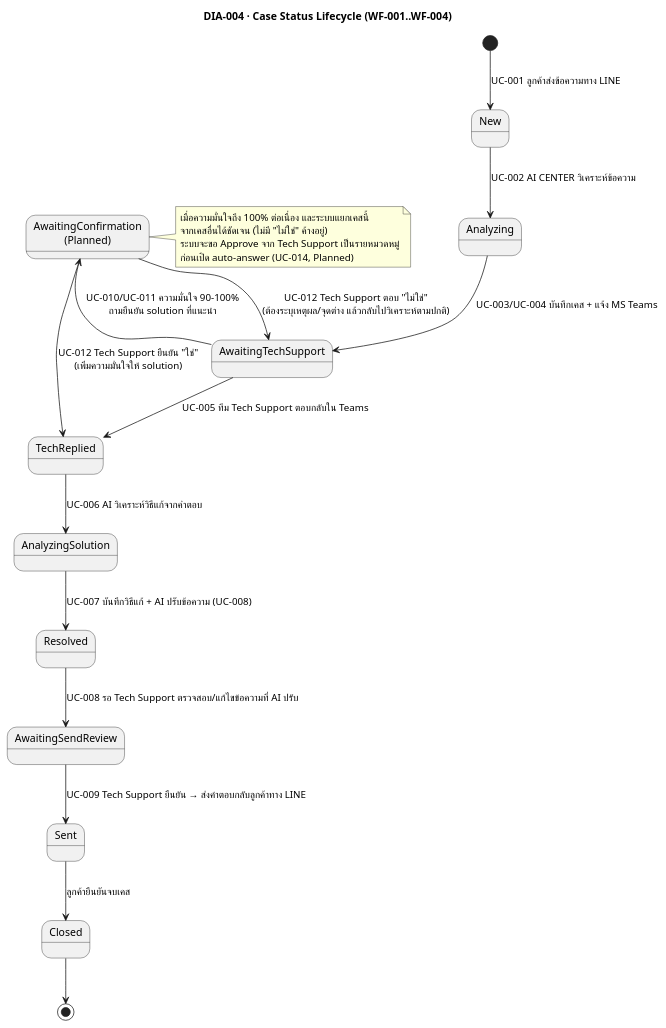
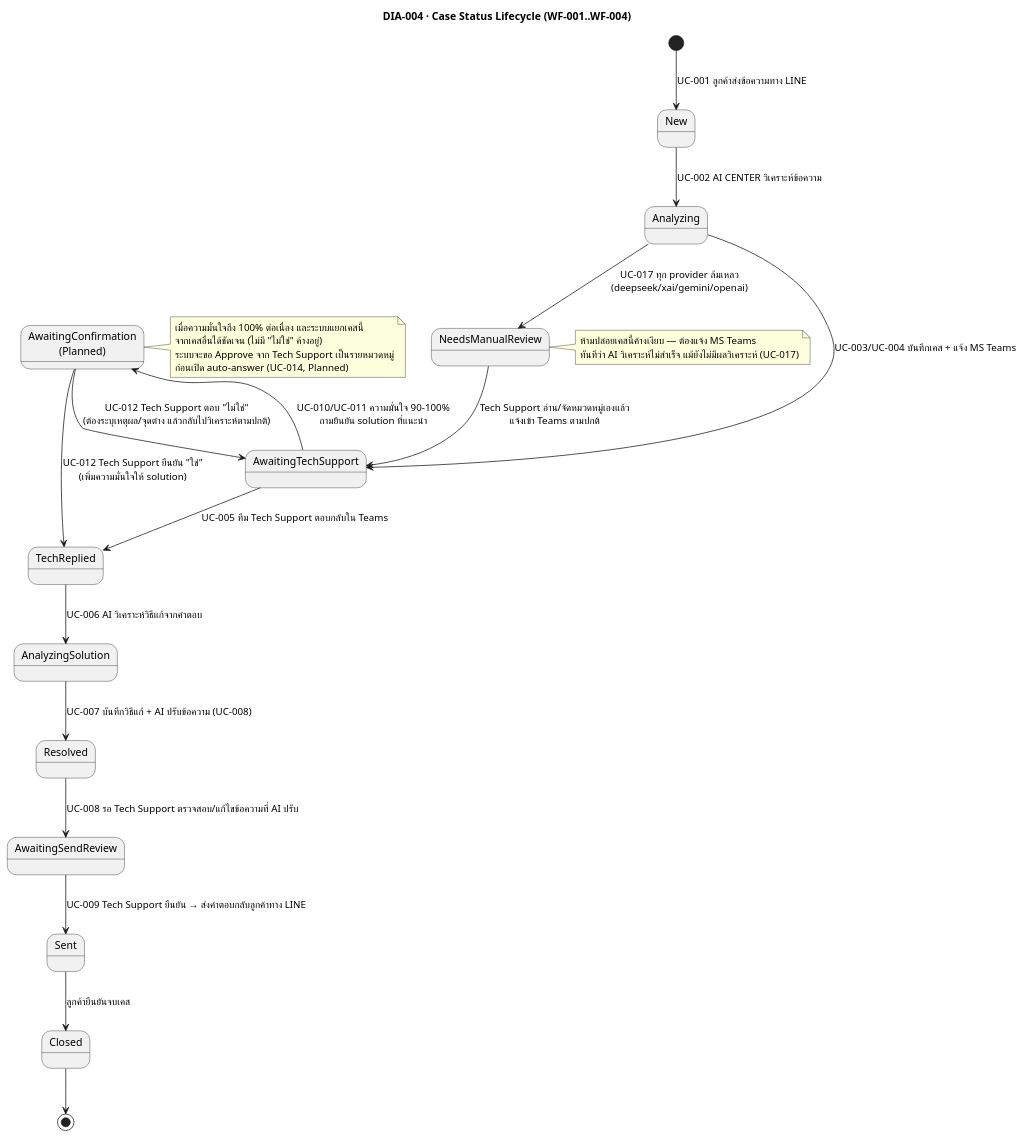
One commit to develyst1/the-off-ml-project-requirement changed the diagram in diagrams/04-case-status-state.puml. Above: the diagram before and after it, drawn with PlantUML. The commit also changed 11 other files, not shown here.

```diff
--- a/diagrams/04-case-status-state.puml
+++ b/diagrams/04-case-status-state.puml
@@ -1,31 +1,38 @@
 @startuml 04-case-status-state
 title DIA-004 · Case Status Lifecycle (WF-001..WF-004)
 skinparam shadowing false
 
 [*] --> New : UC-001 ลูกค้าส่งข้อความทาง LINE
 
 New --> Analyzing : UC-002 AI CENTER วิเคราะห์ข้อความ
 Analyzing --> AwaitingTechSupport : UC-003/UC-004 บันทึกเคส + แจ้ง MS Teams
+Analyzing --> NeedsManualReview : UC-017 ทุก provider ล้มเหลว\n(deepseek/xai/gemini/openai)
+NeedsManualReview --> AwaitingTechSupport : Tech Support อ่าน/จัดหมวดหมู่เองแล้ว\nแจ้งเข้า Teams ตามปกติ
 
 AwaitingTechSupport --> TechReplied : UC-005 ทีม Tech Support ตอบกลับใน Teams
 TechReplied --> AnalyzingSolution : UC-006 AI วิเคราะห์วิธีแก้จากคำตอบ
 AnalyzingSolution --> Resolved : UC-007 บันทึกวิธีแก้ + AI ปรับข้อความ (UC-008)
 Resolved --> AwaitingSendReview : UC-008 รอ Tech Support ตรวจสอบ/แก้ไขข้อความที่ AI ปรับ
 AwaitingSendReview --> Sent : UC-009 Tech Support ยืนยัน → ส่งคำตอบกลับลูกค้าทาง LINE
 Sent --> Closed : ลูกค้ายืนยันจบเคส
 
 state "AwaitingConfirmation\n(Planned)" as AwaitingConfirmation
 AwaitingTechSupport --> AwaitingConfirmation : UC-010/UC-011 ความมั่นใจ 90-100%\nถามยืนยัน solution ที่แนะนำ
 AwaitingConfirmation --> TechReplied : UC-012 Tech Support ยืนยัน "ใช่"\n(เพิ่มความมั่นใจให้ solution)
 AwaitingConfirmation --> AwaitingTechSupport : UC-012 Tech Support ตอบ "ไม่ใช่"\n(ต้องระบุเหตุผล/จุดต่าง แล้วกลับไปวิเคราะห์ตามปกติ)
 
 Closed --> [*]
 
 note right of AwaitingConfirmation
   เมื่อความมั่นใจถึง 100% ต่อเนื่อง และระบบแยกเคสนี้
   จากเคสอื่นได้ชัดเจน (ไม่มี "ไม่ใช่" ค้างอยู่)
   ระบบจะขอ Approve จาก Tech Support เป็นรายหมวดหมู่
   ก่อนเปิด auto-answer (UC-014, Planned)
 end note
 
+note right of NeedsManualReview
+  ห้ามปล่อยเคสนี้ค้างเงียบ — ต้องแจ้ง MS Teams
+  ทันทีว่า AI วิเคราะห์ไม่สำเร็จ แม้ยังไม่มีผลวิเคราะห์ (UC-017)
+end note
+
 @enduml
```
